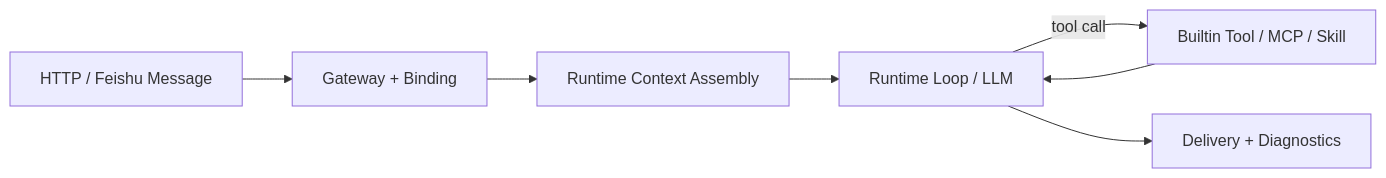
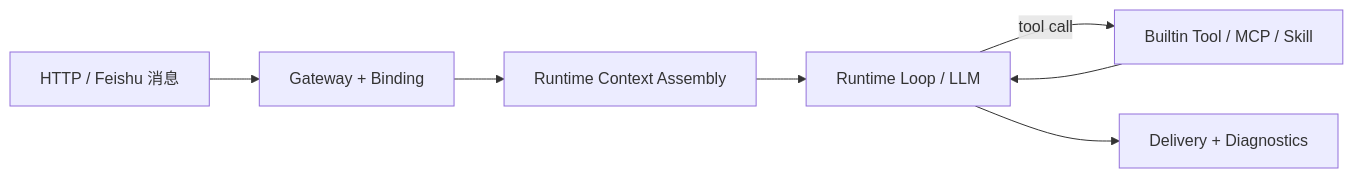
One commit to tiezhuli001/marten-runtime changed the diagram in README.md. Above: the diagram before and after it, drawn with Mermaid. The commit also changed other lines of this file and 17 other files, not shown here.

````diff
--- a/README.md
+++ b/README.md
@@ -48,9 +49,9 @@
 ```mermaid
 flowchart LR
-    A["HTTP / Feishu Message"] --> B["Gateway + Binding"]
+    A["HTTP / Feishu 消息"] --> B["Gateway + Binding"]
     B --> C["Runtime Context Assembly"]
     C --> D["Runtime Loop / LLM"]
     D -->|"tool call"| E["Builtin Tool / MCP / Skill"]
     E --> D
     D --> F["Delivery + Diagnostics"]
 ```
````
